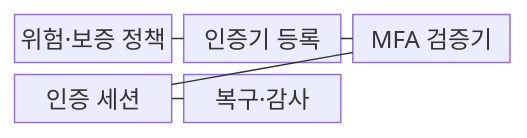
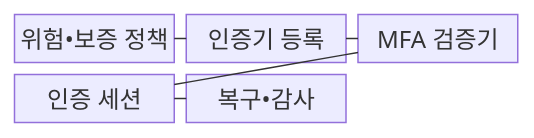
Before and after one commit to agnusdei1207/knowledge-base: the first of 2 diagrams in src/content/docs/notes/05-security/054_mfa.md, drawn with Mermaid. The commit also changed other lines of this file and 953 other files, not shown here.

````diff
--- a/src/content/docs/notes/05-security/054_mfa.md
+++ b/src/content/docs/notes/05-security/054_mfa.md
@@ -62,13 +62,13 @@
 ```mermaid
 block-beta
   columns 3
-  A["위험·보증 정책"]
+  A["위험•보증 정책"]
   B["인증기 등록"]
   C["MFA 검증기"]
   D["인증 세션"]
-  E["복구·감사"]
+  E["복구•감사"]
     A --- B
     B --- C
     C --- D
     D --- E
 ```
````
